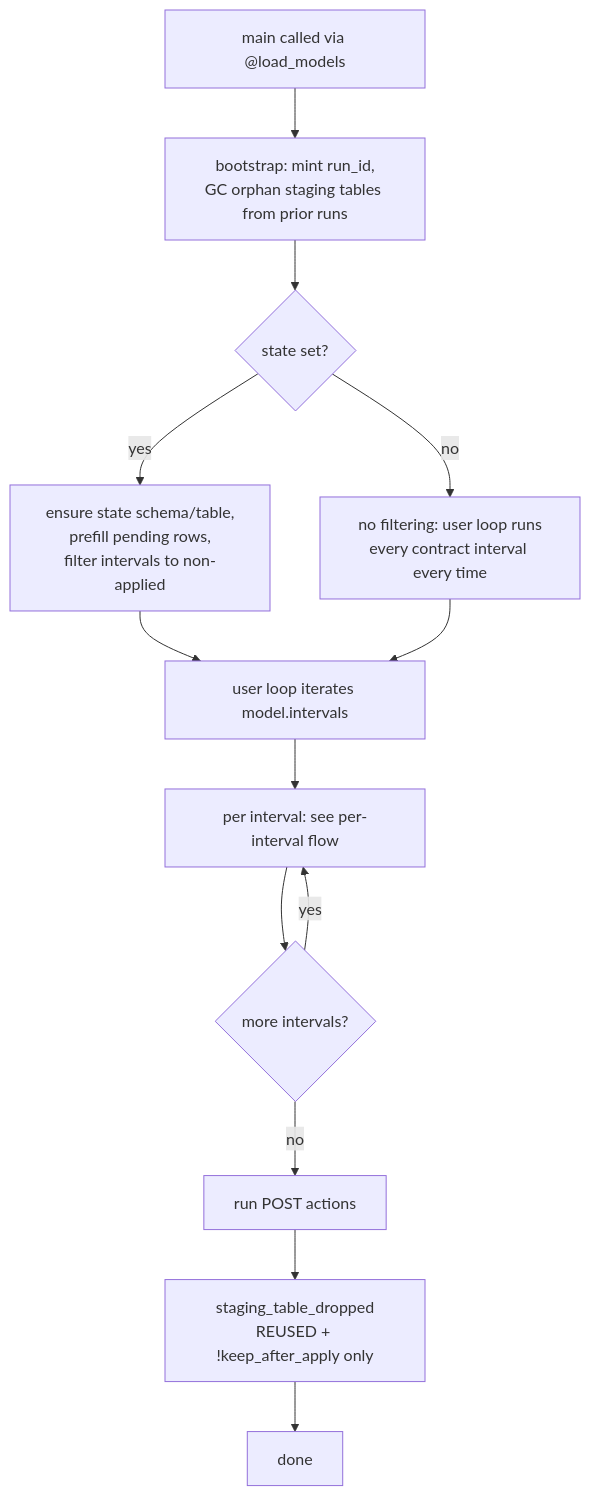
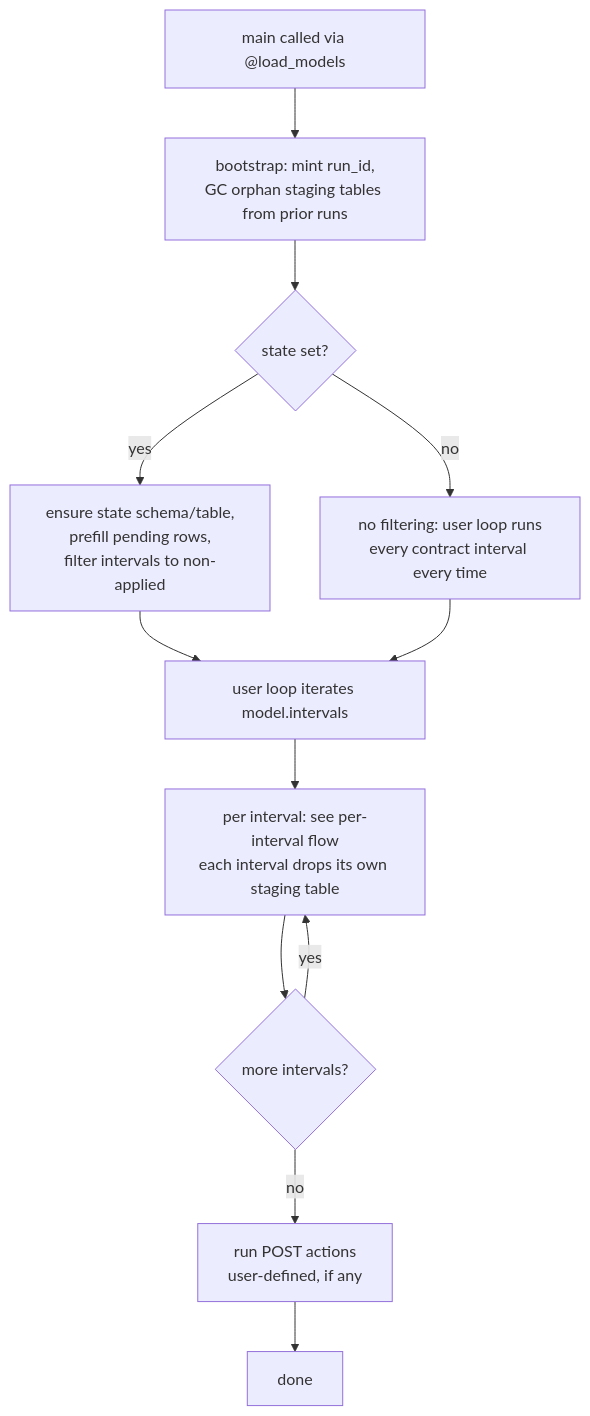
One commit to ebremstedt/bollhav changed the second of 2 diagrams in docs/content/STAGING.md. Above: the diagram before and after it, drawn with Mermaid. The commit also changed other lines of this file and 12 other files, not shown here.

````diff
--- a/docs/content/STAGING.md
+++ b/docs/content/STAGING.md
@@ -53,15 +51,14 @@
 ```mermaid
 flowchart TD
     A[main called via @load_models] --> B[bootstrap: mint run_id,<br>GC orphan staging tables from prior runs]
     B --> C{state set?}
     C -- yes --> D[ensure state schema/table,<br>prefill pending rows,<br>filter intervals to non-applied]
     C -- no --> E[no filtering: user loop runs<br>every contract interval every time]
     D --> F[user loop iterates model.intervals]
     E --> F
-    F --> G[per interval: see per-interval flow]
+    F --> G[per interval: see per-interval flow<br>each interval drops its own staging table]
     G --> H{more intervals?}
     H -- yes --> G
-    H -- no --> I[run POST actions]
-    I --> J[staging_table_dropped<br>REUSED + !keep_after_apply only]
-    J --> K[done]
+    H -- no --> I[run POST actions<br>user-defined, if any]
+    I --> K[done]
 ```
````
